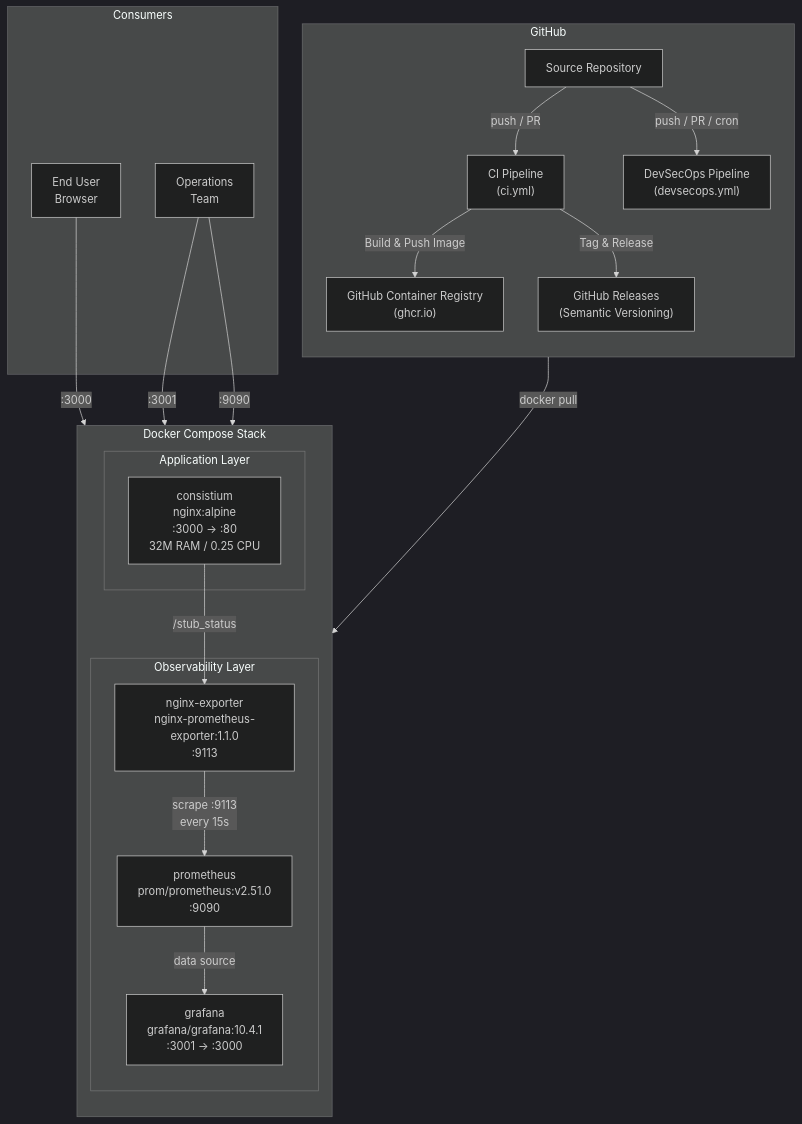
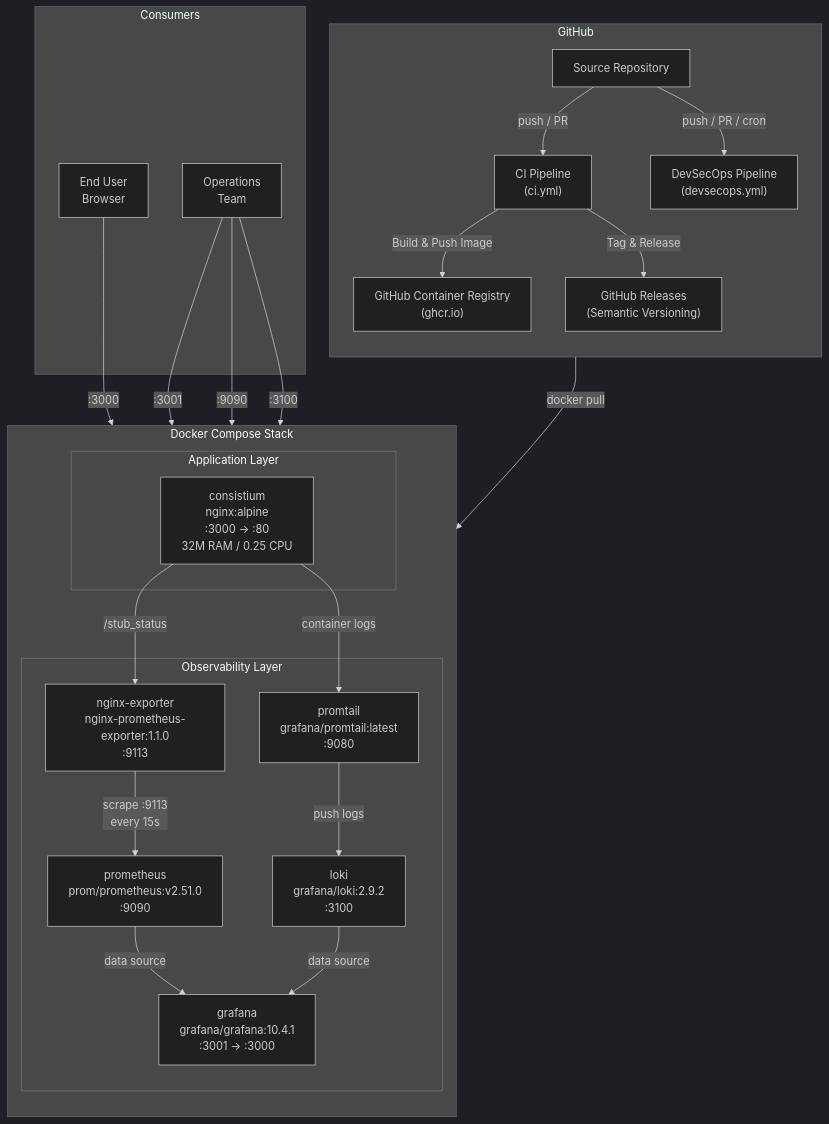
The first of 2 diagrams in docs/devops/architecture.md (Kalpanapramodya97/consistium), drawn with Mermaid (dark theme) before and after one commit. The commit also changed other lines of this file and 1 other file, not shown here.

````diff
--- a/docs/devops/architecture.md
+++ b/docs/devops/architecture.md
@@ -7,43 +7,50 @@
 ```mermaid
 graph TB
     subgraph GitHub["GitHub"]
         direction TB
         Repo["Source Repository"]
         CI["CI Pipeline<br/>(ci.yml)"]
         SecOps["DevSecOps Pipeline<br/>(devsecops.yml)"]
         GHCR["GitHub Container Registry<br/>(ghcr.io)"]
         Releases["GitHub Releases<br/>(Semantic Versioning)"]
     end
 
     subgraph DockerCompose["Docker Compose Stack"]
         direction TB
         subgraph AppLayer["Application Layer"]
             Consistium["consistium<br/>nginx:alpine<br/>:3000 → :80<br/>32M RAM / 0.25 CPU"]
         end
 
         subgraph Observability["Observability Layer"]
             Exporter["nginx-exporter<br/>nginx-prometheus-exporter:1.1.0<br/>:9113"]
             Prometheus["prometheus<br/>prom/prometheus:v2.51.0<br/>:9090"]
             Grafana["grafana<br/>grafana/grafana:10.4.1<br/>:3001 → :3000"]
+            Loki["loki<br/>grafana/loki:2.9.2<br/>:3100"]
+            Promtail["promtail<br/>grafana/promtail:latest<br/>:9080"]
         end
     end
 
     subgraph Users["Consumers"]
         Browser["End User<br/>Browser"]
         Ops["Operations<br/>Team"]
     end
 
     Repo -->|"push / PR"| CI
     Repo -->|"push / PR / cron"| SecOps
     CI -->|"Build & Push Image"| GHCR
     CI -->|"Tag & Release"| Releases
     GHCR -->|"docker pull"| Consistium
 
     Consistium -->|"/stub_status"| Exporter
     Exporter -->|"scrape :9113<br/>every 15s"| Prometheus
     Prometheus -->|"data source"| Grafana
 
+    Consistium -->|"container logs"| Promtail
+    Promtail -->|"push logs"| Loki
+    Loki -->|"data source"| Grafana
+
     Browser -->|":3000"| Consistium
     Ops -->|":3001"| Grafana
     Ops -->|":9090"| Prometheus
+    Ops -->|":3100"| Loki
 ```
````
